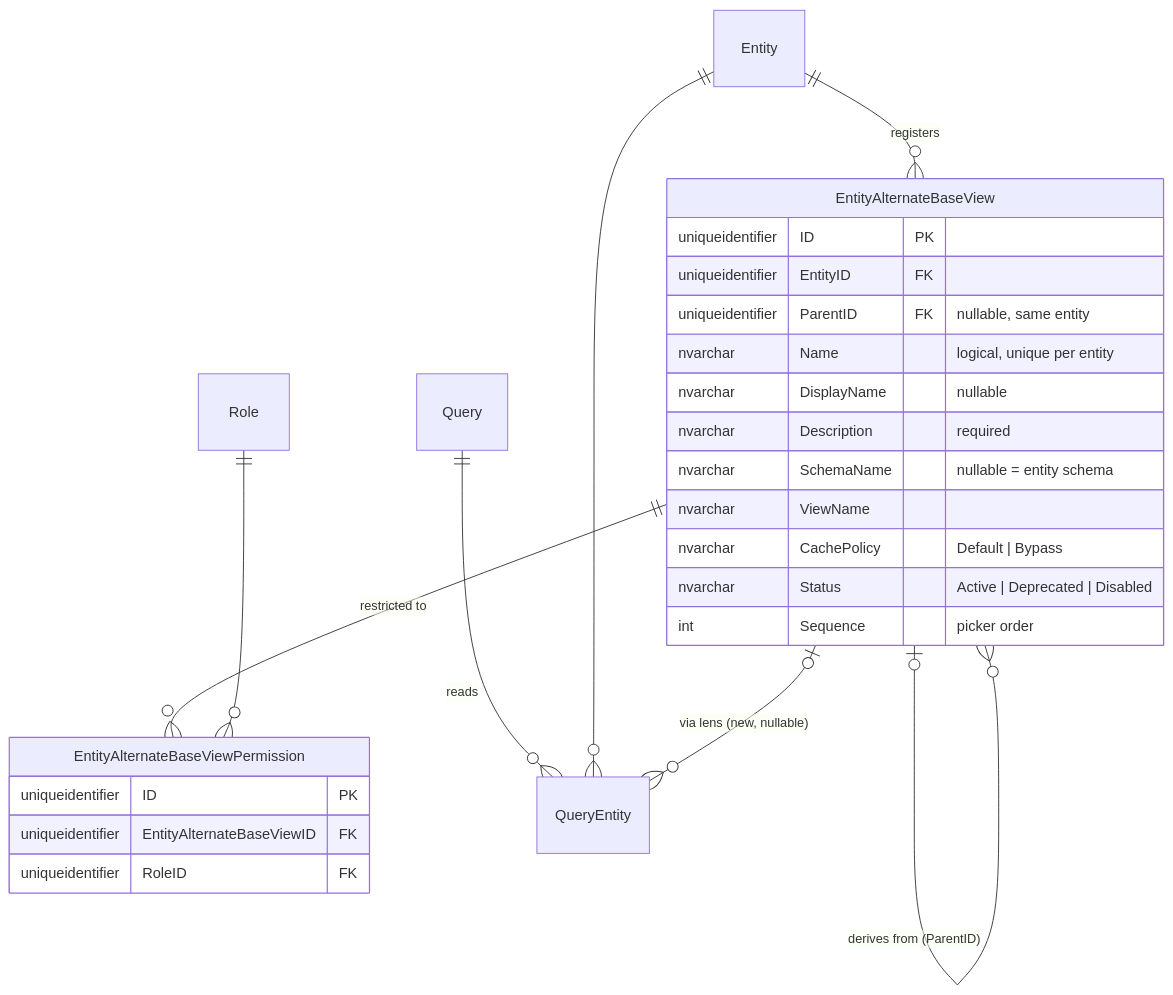
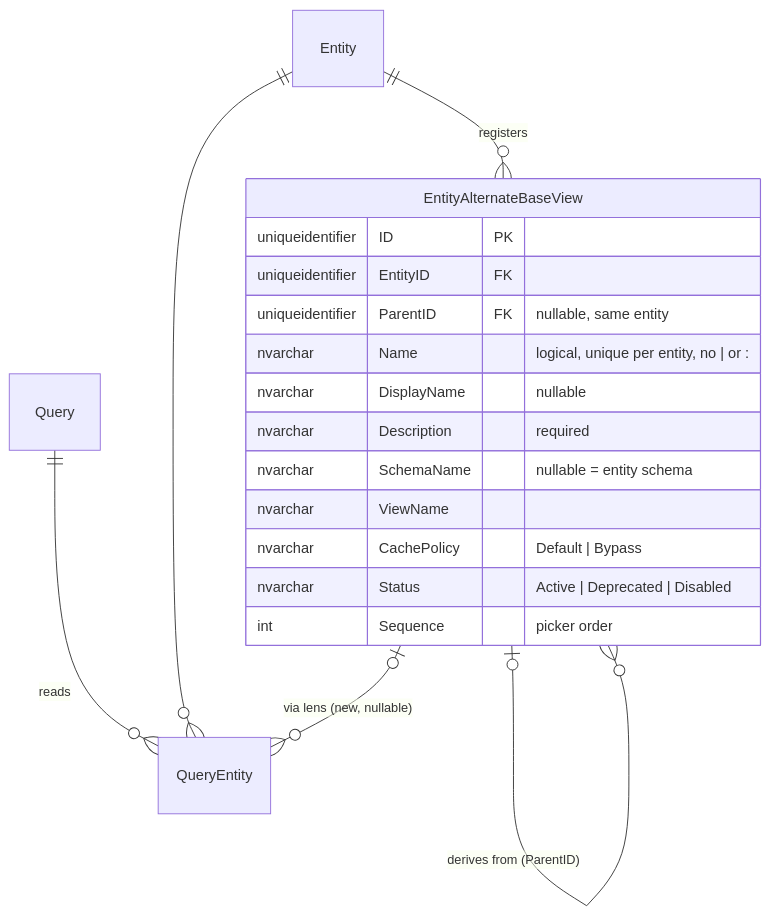
The second of 3 diagrams in plans/alternate-base-views.md (MemberJunction/MJ), drawn with Mermaid before and after one commit. The commit also changed other lines of this file and 14 other files, not shown here.

Commit message:
refactor(core): drop EntityAlternateBaseViewPermission and incorporate @rkihm-BC review feedback

````diff
--- a/plans/alternate-base-views.md
+++ b/plans/alternate-base-views.md
@@ -190,28 +180,21 @@
 ```mermaid
 erDiagram
     Entity ||--o{ EntityAlternateBaseView : "registers"
     EntityAlternateBaseView |o--o{ EntityAlternateBaseView : "derives from (ParentID)"
-    EntityAlternateBaseView ||--o{ EntityAlternateBaseViewPermission : "restricted to"
-    Role ||--o{ EntityAlternateBaseViewPermission : ""
     Query ||--o{ QueryEntity : "reads"
     Entity ||--o{ QueryEntity : ""
     EntityAlternateBaseView |o--o{ QueryEntity : "via lens (new, nullable)"
     EntityAlternateBaseView {
         uniqueidentifier ID PK
         uniqueidentifier EntityID FK
         uniqueidentifier ParentID FK "nullable, same entity"
-        nvarchar Name "logical, unique per entity"
+        nvarchar Name "logical, unique per entity, no | or :"
         nvarchar DisplayName "nullable"
         nvarchar Description "required"
         nvarchar SchemaName "nullable = entity schema"
         nvarchar ViewName
         nvarchar CachePolicy "Default | Bypass"
         nvarchar Status "Active | Deprecated | Disabled"
         int Sequence "picker order"
     }
-    EntityAlternateBaseViewPermission {
-        uniqueidentifier ID PK
-        uniqueidentifier EntityAlternateBaseViewID FK
-        uniqueidentifier RoleID FK
-    }
 ```
````
